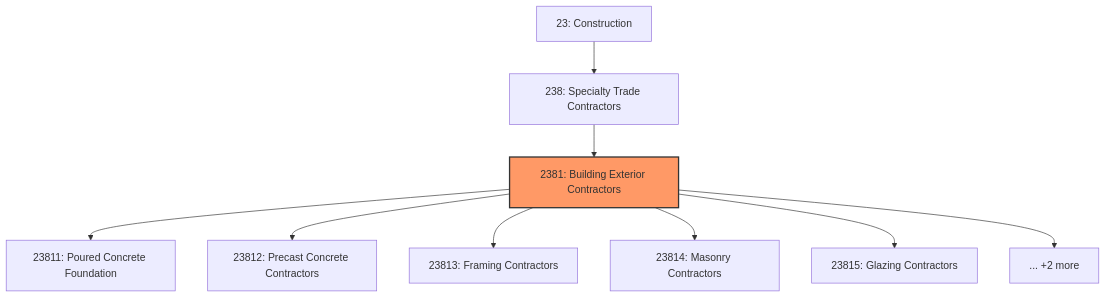
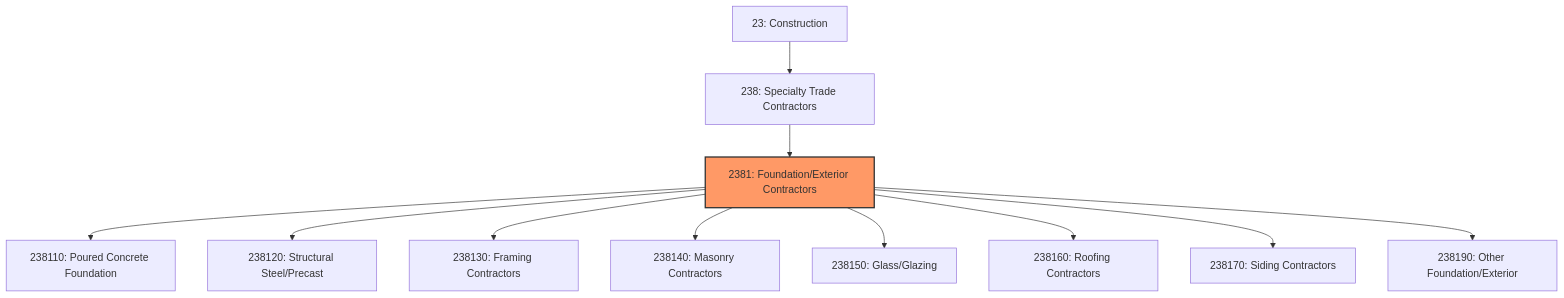
One commit to kziemski/business.org.ai changed the first of 3 diagrams in industries/Construction/SpecialtyTradeContractors/BuildingExteriorContractors/index.mdx. Above: the diagram before and after it, drawn with Mermaid. The commit also changed other lines of this file and 20 other files, not shown here.

````diff
--- a/industries/Construction/SpecialtyTradeContractors/BuildingExteriorContractors/index.mdx
+++ b/industries/Construction/SpecialtyTradeContractors/BuildingExteriorContractors/index.mdx
@@ -22,13 +36,15 @@
 ```mermaid
 graph TD
     S23["23: Construction"]
     S23 --> N238["238: Specialty Trade Contractors"]
-    N238 --> N2381["2381: Building Exterior Contractors"]
+    N238 --> N2381["2381: Foundation/Exterior Contractors"]
     style N2381 fill:#f96,stroke:#333,stroke-width:2px
-    N2381 --> N23811["23811: Poured Concrete Foundation"]
-    N2381 --> N23812["23812: Precast Concrete Contractors"]
-    N2381 --> N23813["23813: Framing Contractors"]
-    N2381 --> N23814["23814: Masonry Contractors"]
-    N2381 --> N23815["23815: Glazing Contractors"]
-    N2381 --> more["... +2 more"]
+    N2381 --> N23811["238110: Poured Concrete Foundation"]
+    N2381 --> N23812["238120: Structural Steel/Precast"]
+    N2381 --> N23813["238130: Framing Contractors"]
+    N2381 --> N23814["238140: Masonry Contractors"]
+    N2381 --> N23815["238150: Glass/Glazing"]
+    N2381 --> N23816["238160: Roofing Contractors"]
+    N2381 --> N23817["238170: Siding Contractors"]
+    N2381 --> N23819["238190: Other Foundation/Exterior"]
 ```
````
